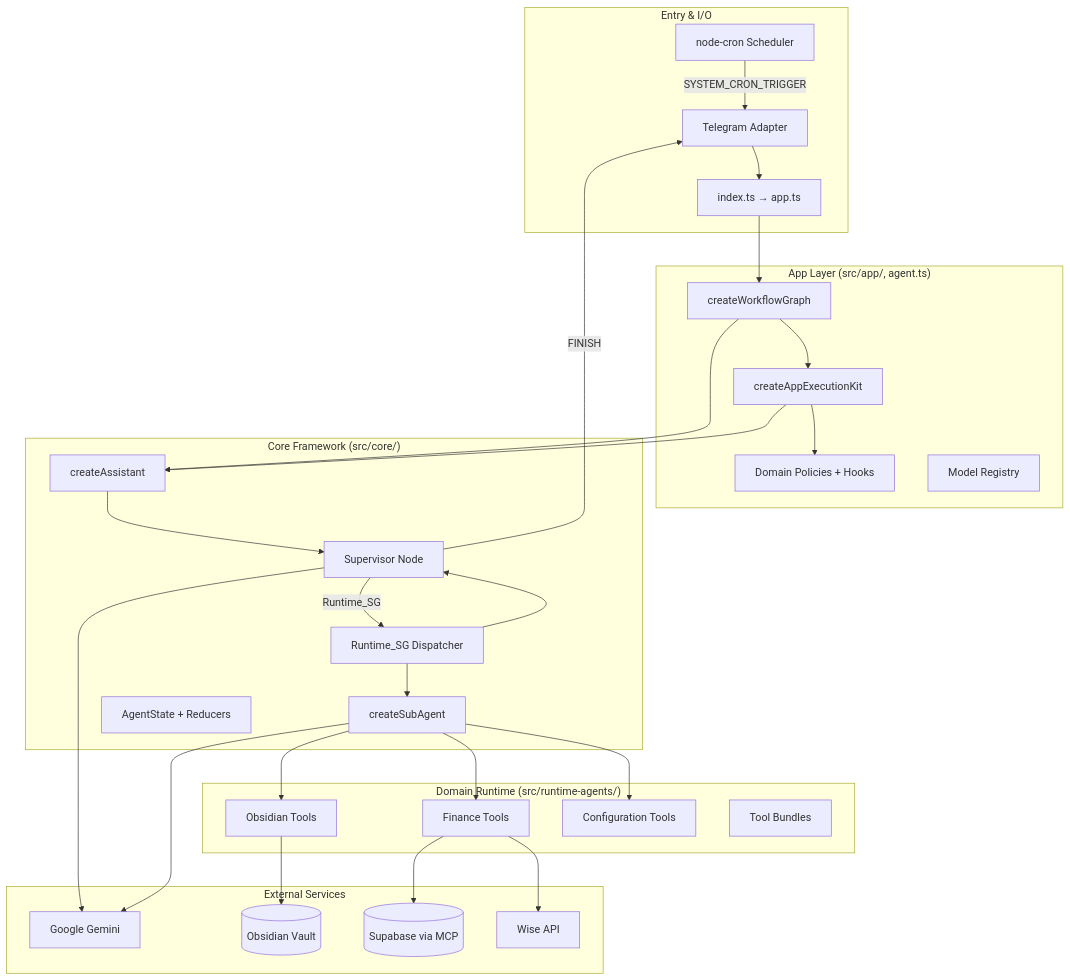
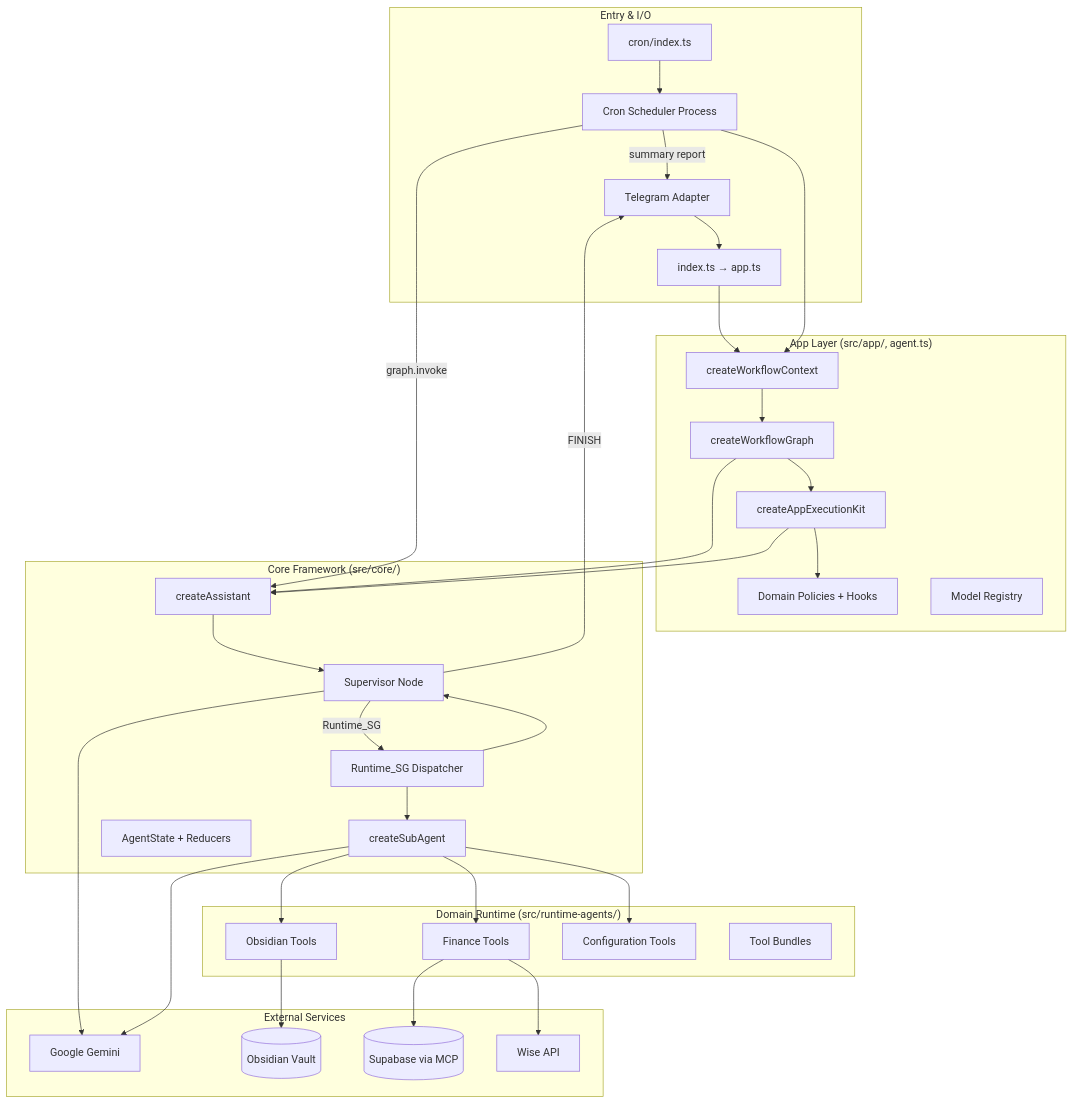
The first of 2 diagrams in docs/ARCHITECTURE.md (slnnzmtl/langgraph-personal-assistant), drawn with Mermaid before and after one commit. The commit also changed other lines of this file, not shown here.

Commit message:
docs: update architecture documentation to reflect changes in source and test file counts, enhance workflow context details, and clarify the role of the cron scheduler process, improving overall clarity and understanding of the system structure

````diff
--- a/docs/ARCHITECTURE.md
+++ b/docs/ARCHITECTURE.md
@@ -23,51 +23,56 @@
 ```mermaid
 flowchart TB
     subgraph Entry["Entry & I/O"]
         TG[Telegram Adapter]
-        CRON[node-cron Scheduler]
+        CRON[Cron Scheduler Process]
         IDX[index.ts → app.ts]
+        CRIDX[cron/index.ts]
     end
 
     subgraph AppLayer["App Layer (src/app/, agent.ts)"]
+        WFC[createWorkflowContext]
         WFG[createWorkflowGraph]
         KIT[createAppExecutionKit]
         POL[Domain Policies + Hooks]
         MR[Model Registry]
     end
 
     subgraph Core["Core Framework (src/core/)"]
         CA[createAssistant]
         SUP[Supervisor Node]
         DISP[Runtime_SG Dispatcher]
         SA[createSubAgent]
         STATE[AgentState + Reducers]
     end
 
     subgraph Runtime["Domain Runtime (src/runtime-agents/)"]
         FIN[Finance Tools]
         OBS[Obsidian Tools]
         CFG[Configuration Tools]
         BUND[Tool Bundles]
     end
 
     subgraph External["External Services"]
         GEMINI[Google Gemini]
         VAULT[(Obsidian Vault)]
         SB[(Supabase via MCP)]
         WISE[Wise API]
     end
 
-    TG --> IDX --> WFG --> CA
-    CRON -->|SYSTEM_CRON_TRIGGER| TG
+    TG --> IDX --> WFC --> WFG --> CA
+    CRIDX --> CRON
+    CRON --> WFC
+    CRON -->|graph.invoke| CA
+    CRON -->|summary report| TG
     WFG --> KIT --> CA
     KIT --> POL
     CA --> SUP
     SUP -->|Runtime_SG| DISP
     DISP --> SUP
     SUP -->|FINISH| TG
     DISP --> SA
     SA --> FIN & OBS & CFG
     FIN --> SB & WISE
     OBS --> VAULT
     SUP & SA --> GEMINI
 ```
````
